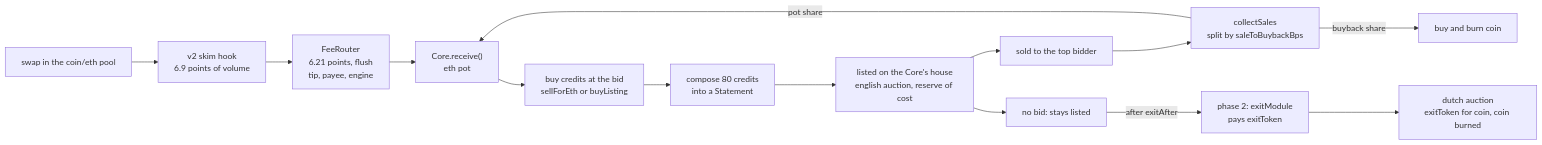
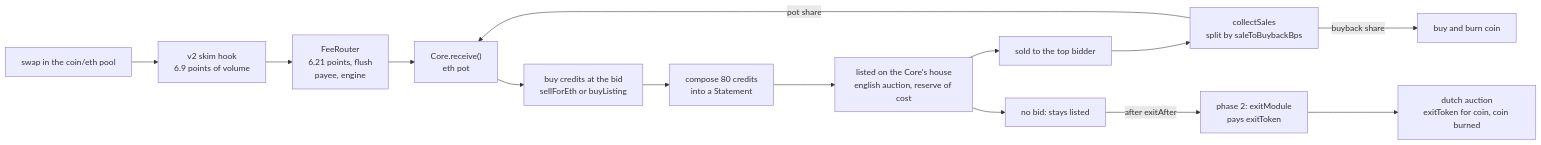
One commit to ripe0x/cc changed the diagram in README.md. Above: the diagram before and after it, drawn with Mermaid. The commit also changed other lines of this file and 48 other files, not shown here.

First line of the commit message:
fee router: delete the flush tip, door gas repay covers the flush

````diff
--- a/README.md
+++ b/README.md
@@ -22,30 +22,30 @@
 ```mermaid
 graph LR
     swap["swap in the coin/eth pool"]
     hook["v2 skim hook<br/>6.9 points of volume"]
-    router["FeeRouter<br/>6.21 points, flush<br/>tip, payee, engine"]
+    router["FeeRouter<br/>6.21 points, flush<br/>payee, engine"]
     pot["Core.receive()<br/>eth pot"]
     buy["buy credits at the bid<br/>sellForEth or buyListing"]
     compose["compose 80 credits<br/>into a Statement"]
     house["listed on the Core's house<br/>english auction, reserve of cost"]
     sold["sold to the top bidder"]
     unsold["no bid: stays listed"]
     collect["collectSales<br/>split by saleToBuybackBps"]
     burn["buy and burn coin"]
     exit["phase 2: exitModule<br/>pays exitToken"]
     dutch["dutch auction<br/>exitToken for coin, coin burned"]
 
     swap --> hook
     hook --> router
     router --> pot
     pot --> buy
     buy --> compose
     compose --> house
     house --> sold
     house --> unsold
     sold --> collect
     collect -->|pot share| pot
     collect -->|buyback share| burn
     unsold -->|after exitAfter| exit
     exit --> dutch
 ```
````
